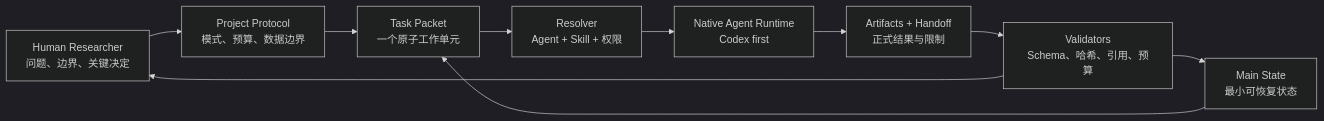
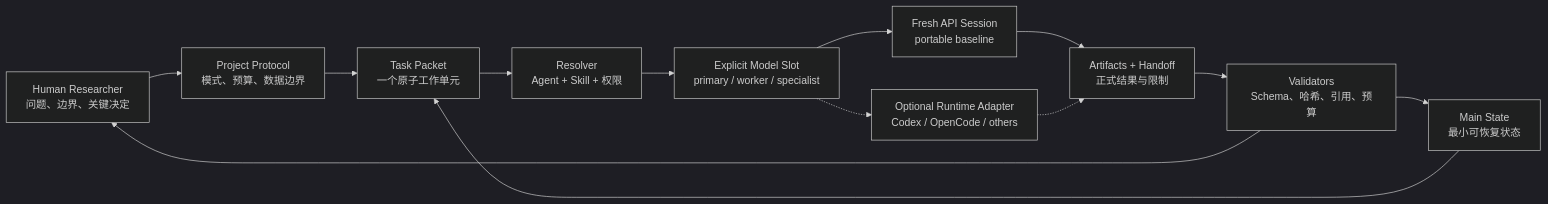
One commit to Chengyue-Lu/research-agent-workbench changed the diagram in docs/GETTING_STARTED.md. Above: the diagram before and after it, drawn with Mermaid (dark theme). The commit also changed other lines of this file and 34 other files, not shown here.

Commit message:
Make isolated API sessions the portable baseline

````diff
--- a/docs/GETTING_STARTED.md
+++ b/docs/GETTING_STARTED.md
@@ -31,15 +31,18 @@
 ```mermaid
 flowchart LR
     H["Human Researcher<br/>问题、边界、关键决定"]
     P["Project Protocol<br/>模式、预算、数据边界"]
     T["Task Packet<br/>一个原子工作单元"]
     R["Resolver<br/>Agent + Skill + 权限"]
-    N["Native Agent Runtime<br/>Codex first"]
+    S["Explicit Model Slot<br/>primary / worker / specialist"]
+    N["Fresh API Session<br/>portable baseline"]
+    O["Optional Runtime Adapter<br/>Codex / OpenCode / others"]
     A["Artifacts + Handoff<br/>正式结果与限制"]
     V["Validators<br/>Schema、哈希、引用、预算"]
     M["Main State<br/>最小可恢复状态"]
 
-    H --> P --> T --> R --> N --> A --> V --> M
+    H --> P --> T --> R --> S --> N --> A --> V --> M
+    S -.-> O -.-> A
     V --> H
     M --> T
 ```
````
